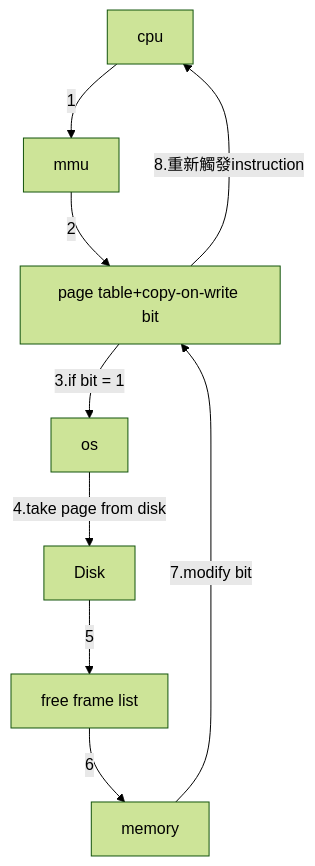
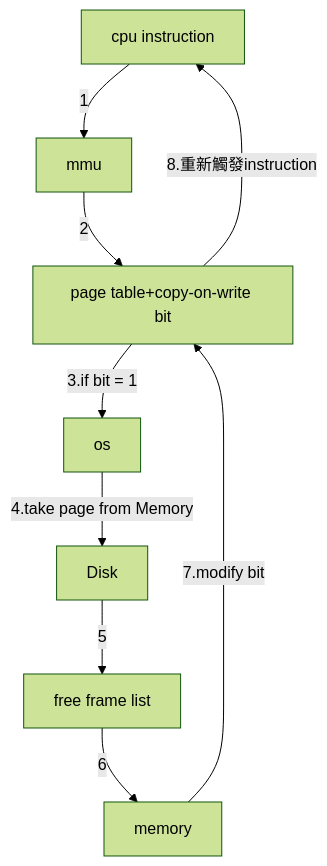
Before and after one commit to baiyanchen8/ob-sync: the diagram in mdfile/md/001.考研大戰士/4.os/os/10.OS.md, drawn with Mermaid (forest theme). The commit also changed other lines of this file and 3 other files, not shown here.

````diff
--- a/mdfile/md/001.考研大戰士/4.os/os/10.OS.md
+++ b/mdfile/md/001.考研大戰士/4.os/os/10.OS.md
@@ -200,11 +200,11 @@
 ```mermaid
 graph TD;
-a[cpu]--1-->b[mmu];
+a[cpu instruction]--1-->b[mmu];
 b --2-->c[page table+copy-on-write bit];
 c--3.if bit = 1-->os;
-os--4.take page from disk-->Disk;
+os--4.take page from Memory-->Disk;
 Disk--5-->d[free frame list];
 d--6-->memory;
 memory--7.modify bit-->c;
 c--8.重新觸發instruction-->a;
 ```
````
